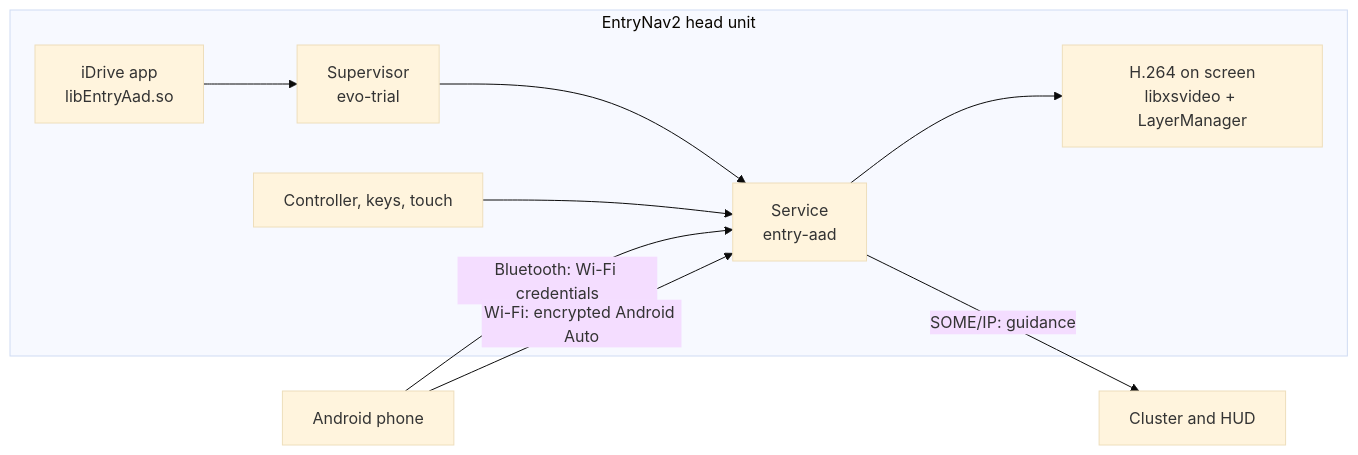
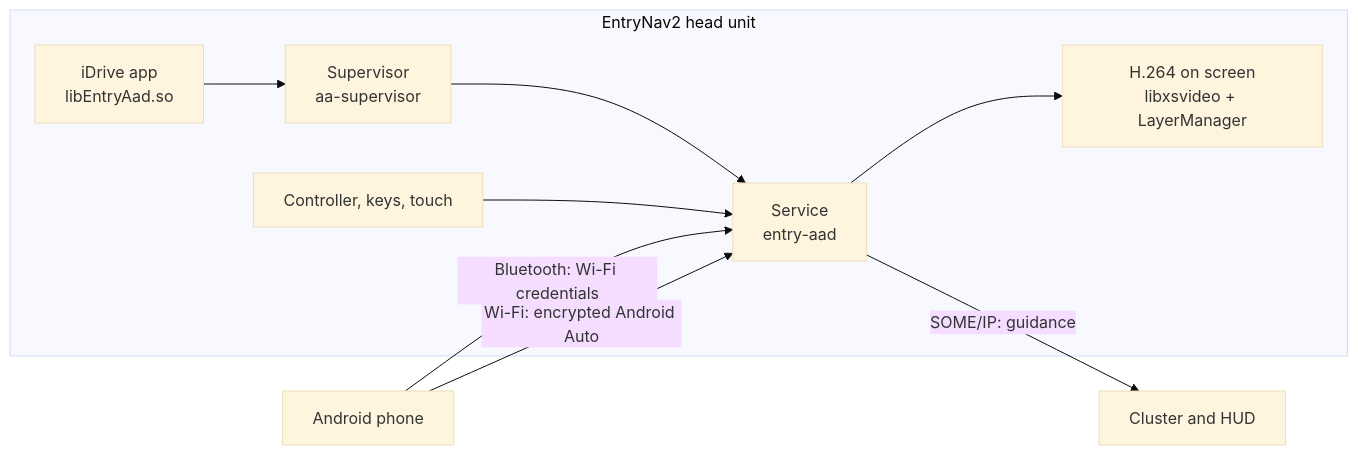
The diagram in README.md (Jiraiya43/EntryNav2-Android-Auto), drawn with Mermaid (base theme) before and after one commit. The commit also changed other lines of this file and 24 other files, not shown here.

First line of the commit message:
refactor: renommer le superviseur evo-trial en aa-supervisor

````diff
--- a/README.md
+++ b/README.md
@@ -72,13 +72,13 @@
 ```mermaid
 flowchart LR
     P[Android phone]
     subgraph HU[EntryNav2 head unit]
-        A[iDrive app<br/>libEntryAad.so] --> T[Supervisor<br/>evo-trial]
+        A[iDrive app<br/>libEntryAad.so] --> T[Supervisor<br/>aa-supervisor]
         T --> S[Service<br/>entry-aad]
         S --> V[H.264 on screen<br/>libxsvideo + LayerManager]
         I[Controller, keys, touch] --> S
     end
     P -- Bluetooth: Wi-Fi credentials --> S
     P -- Wi-Fi: encrypted Android Auto --> S
     S -- SOME/IP: guidance --> K[Cluster and HUD]
 ```
````
